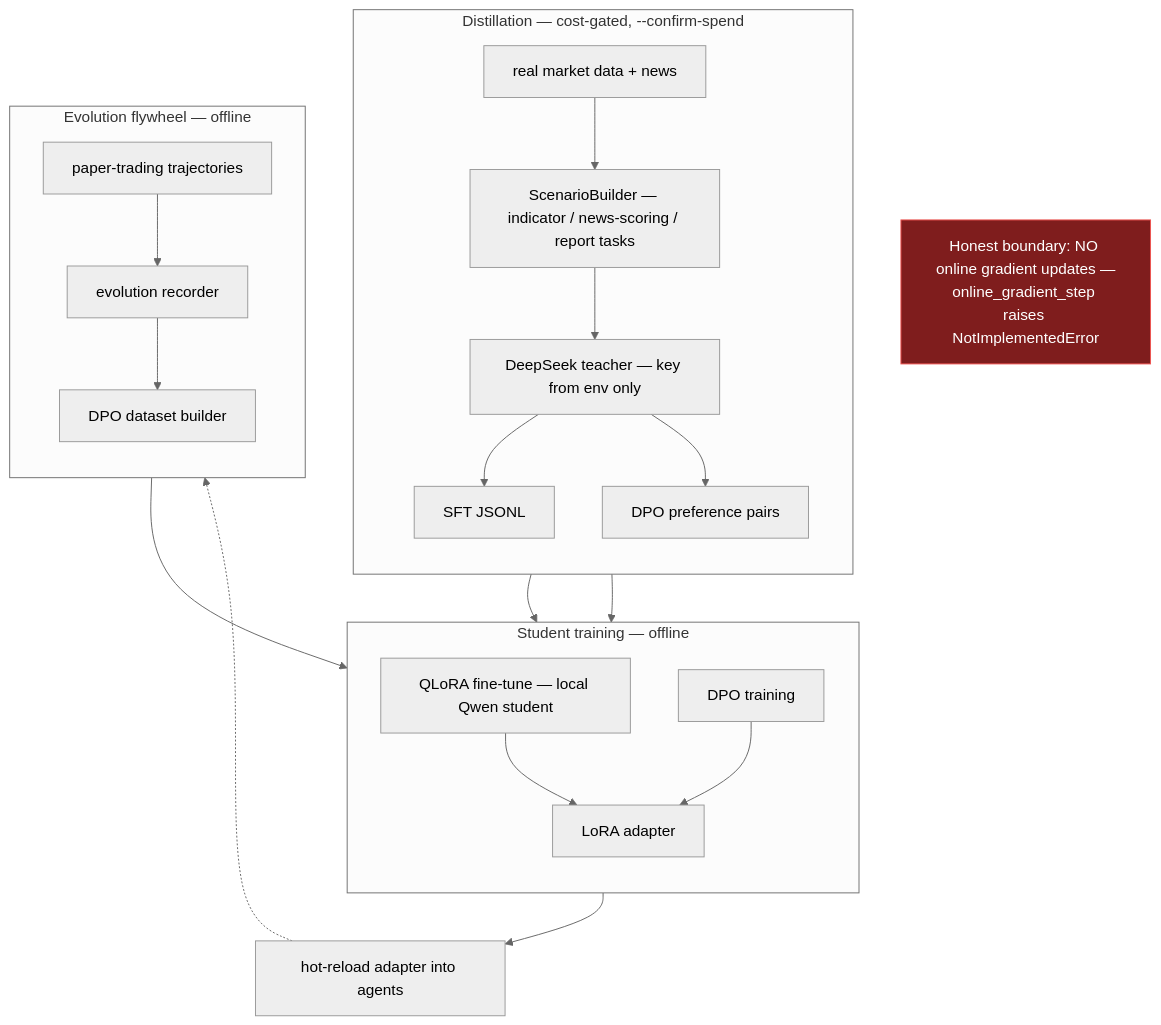
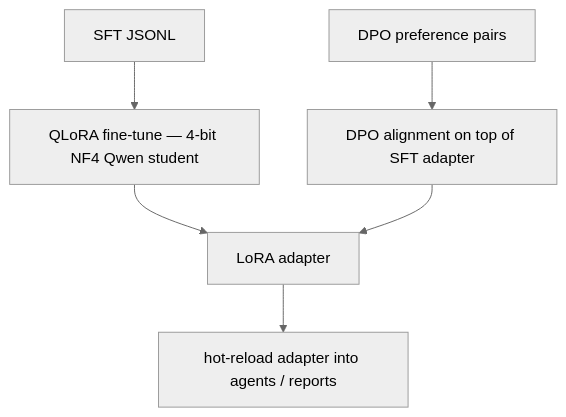
The fourth of 6 diagrams in README.md (C0k11/stock-share-Helper), drawn with Mermaid (neutral theme) before and after one commit. The commit also changed other lines of this file, not shown here.

Commit message:
README: split flywheel into three stacked stage diagrams + text boundary note

````diff
--- a/README.md
+++ b/README.md
@@ -136,27 +149,8 @@
 ```mermaid
 flowchart TB
-    subgraph DISTILL["Distillation — cost-gated, --confirm-spend"]
-        direction TB
-        MKT["real market data + news"] --> SCN["ScenarioBuilder — indicator / news-scoring / report tasks"]
-        SCN --> TCH["DeepSeek teacher — key from env only"]
-        TCH --> SFT["SFT JSONL"]
-        TCH --> DPD["DPO preference pairs"]
-    end
-    subgraph TRAIN["Student training — offline"]
-        direction TB
-        QLR["QLoRA fine-tune — local Qwen student"] --> ADP["LoRA adapter"]
-        DPO["DPO training"] --> ADP
-    end
-    subgraph FLYWHEEL["Evolution flywheel — offline"]
-        direction TB
-        TRJ["paper-trading trajectories"] --> REC["evolution recorder"]
-        REC --> DSB["DPO dataset builder"]
-    end
-    SFT --> QLR
-    DPD --> DPO
-    DSB --> DPO
-    ADP --> HOT["hot-reload adapter into agents"]
-    HOT -.-> TRJ
-    BND["Honest boundary: NO online gradient updates —<br/>online_gradient_step raises NotImplementedError"]
-    style BND fill:#7f1d1d,color:#fff,stroke:#ef5350
+    SFT["SFT JSONL"] --> QLR["QLoRA fine-tune — 4-bit NF4 Qwen student"]
+    DPD["DPO preference pairs"] --> DPO["DPO alignment on top of SFT adapter"]
+    QLR --> ADP["LoRA adapter"]
+    DPO --> ADP
+    ADP --> HOT["hot-reload adapter into agents / reports"]
 ```
````
